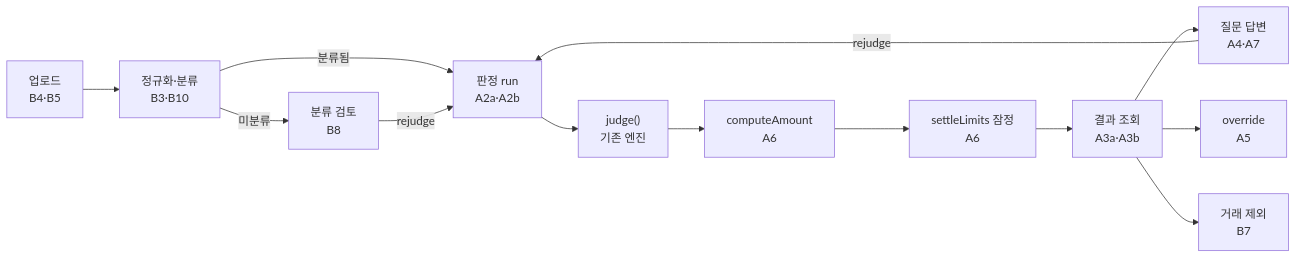
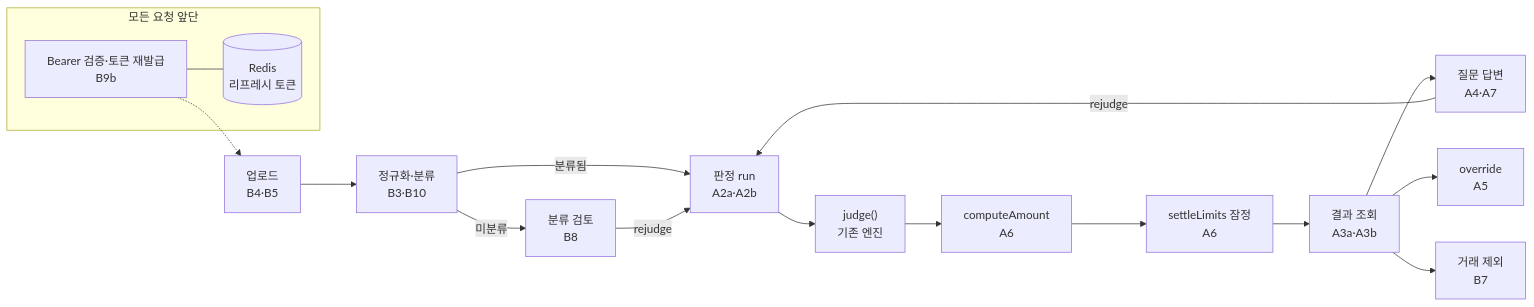
The third of 3 diagrams in docs/backend_api_plan.md (RainDrop3/ktc4-pusan-4), drawn with Mermaid before and after one commit. The commit also changed other lines of this file, not shown here.

Commit message:
docs: 리프레시 토큰 Redis 저장 결정 반영

````diff
--- a/docs/backend_api_plan.md
+++ b/docs/backend_api_plan.md
@@ -113,15 +116,19 @@
 ```mermaid
 flowchart LR
     U["업로드<br/>B4·B5"] --> N["정규화·분류<br/>B3·B10"]
     N -->|미분류| CR["분류 검토<br/>B8"]
     N -->|분류됨| R["판정 run<br/>A2a·A2b"]
     CR -->|rejudge| R
     R --> J["judge()<br/>기존 엔진"]
     J --> C["computeAmount<br/>A6"]
     C --> L["settleLimits 잠정<br/>A6"]
     L --> Q["결과 조회<br/>A3a·A3b"]
     Q --> QA["질문 답변<br/>A4·A7"]
     QA -->|rejudge| R
     Q --> O["override<br/>A5"]
     Q --> X["거래 제외<br/>B7"]
+    subgraph AUTH["모든 요청 앞단"]
+        T["Bearer 검증·토큰 재발급<br/>B9b"] --- RD[("Redis<br/>리프레시 토큰")]
+    end
+    T -.-> U
 ```
````
